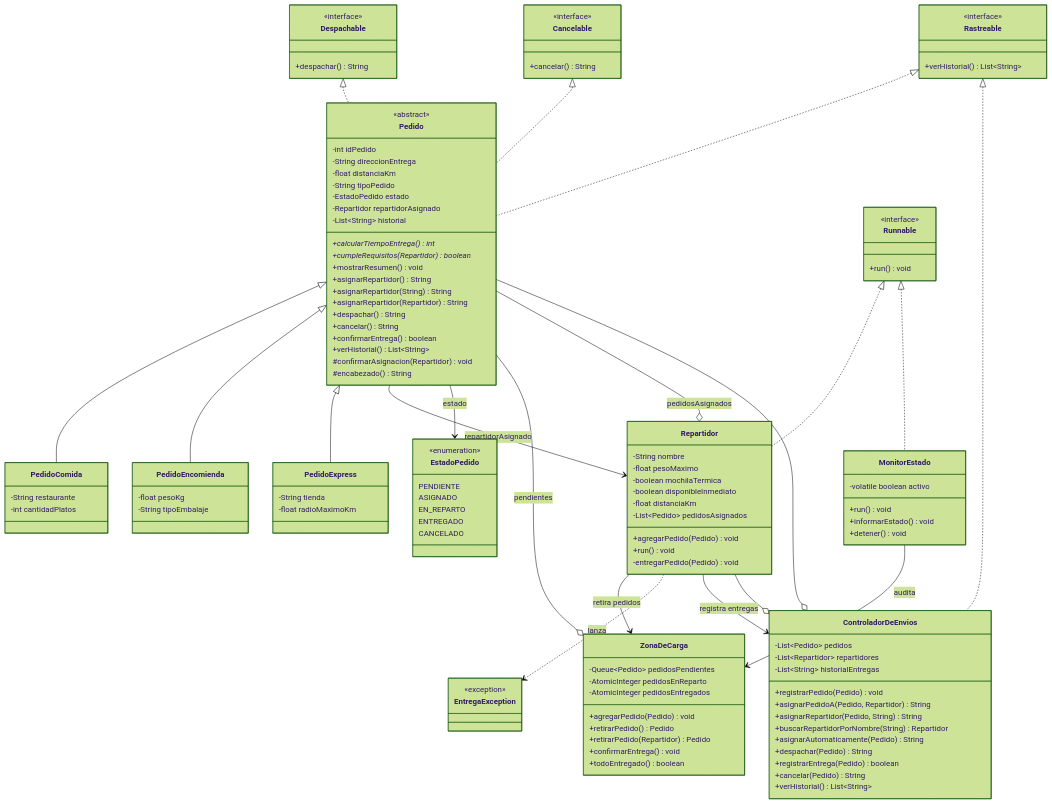
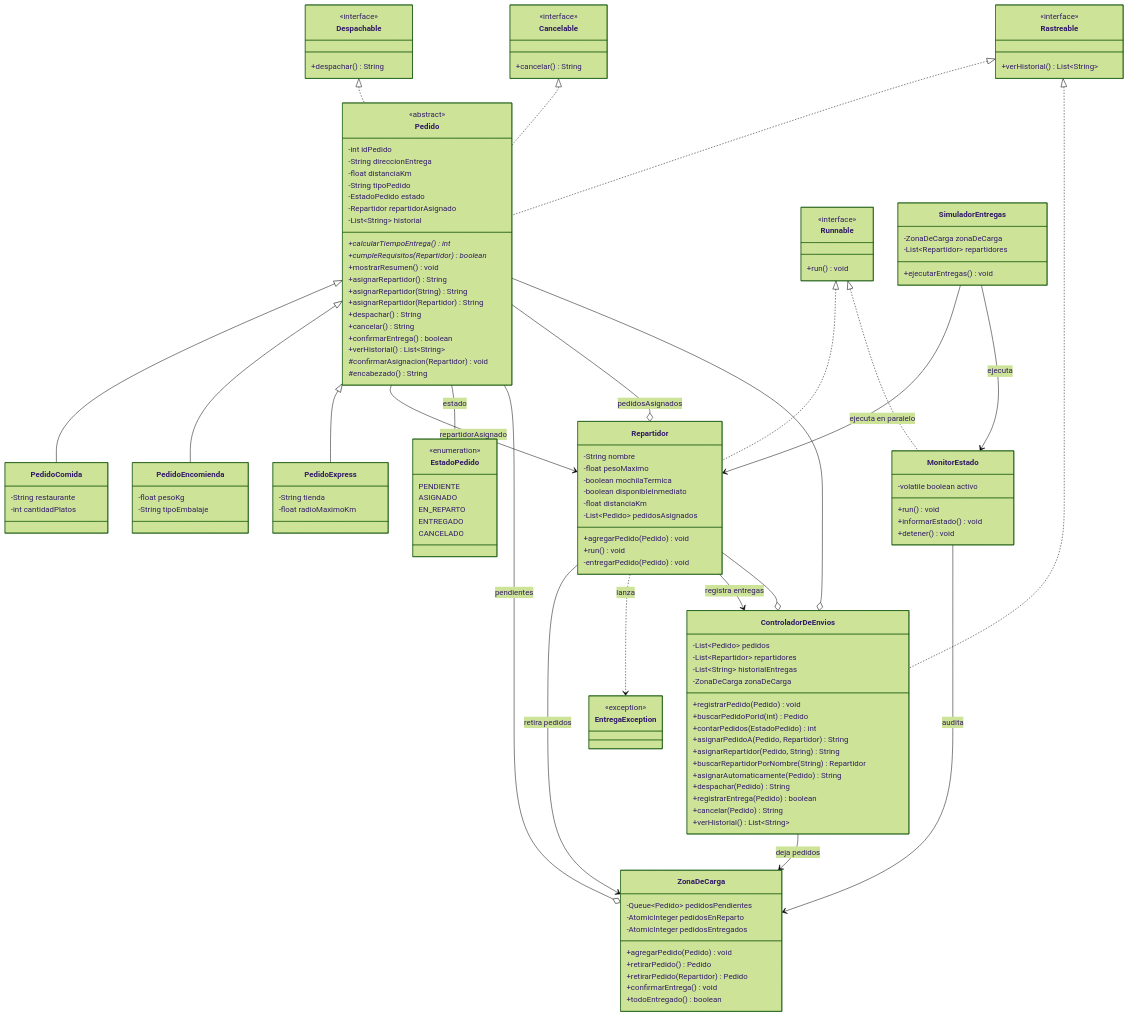
The first of 2 diagrams in README.md (sara-rioseco/speedfast), drawn with Mermaid (forest theme) before and after one commit. The commit also changed other lines of this file and 12 other files, not shown here.

```diff
--- a/README.md
+++ b/README.md
@@ -125,7 +134,10 @@
         -List~Pedido~ pedidos
         -List~Repartidor~ repartidores
         -List~String~ historialEntregas
+        -ZonaDeCarga zonaDeCarga
         +registrarPedido(Pedido) void
+        +buscarPedidoPorId(int) Pedido
+        +contarPedidos(EstadoPedido) int
         +asignarPedidoA(Pedido, Repartidor) String
         +asignarRepartidor(Pedido, String) String
         +buscarRepartidorPorNombre(String) Repartidor
@@ -150,6 +162,12 @@
         +retirarPedido(Repartidor) Pedido
         +confirmarEntrega() void
         +todoEntregado() boolean
+    }
+
+    class SimuladorEntregas {
+        -ZonaDeCarga zonaDeCarga
+        -List~Repartidor~ repartidores
+        +ejecutarEntregas() void
     }
 
     class MonitorEstado {
@@ -193,6 +211,9 @@
     Repartidor --> ZonaDeCarga : retira pedidos
     MonitorEstado --> ZonaDeCarga : audita
     ZonaDeCarga o-- Pedido : pendientes
+    ControladorDeEnvios --> ZonaDeCarga : deja pedidos
+    SimuladorEntregas --> Repartidor : ejecuta en paralelo
+    SimuladorEntregas --> MonitorEstado : ejecuta
     Pedido <|-- PedidoComida
     Pedido <|-- PedidoEncomienda
     Pedido <|-- PedidoExpress
```
